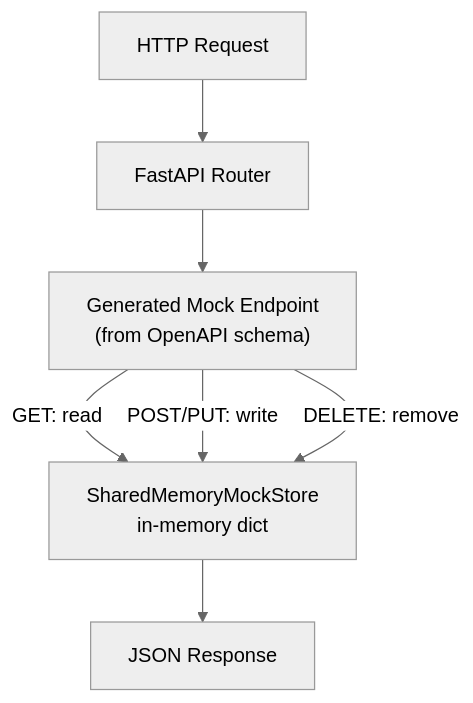
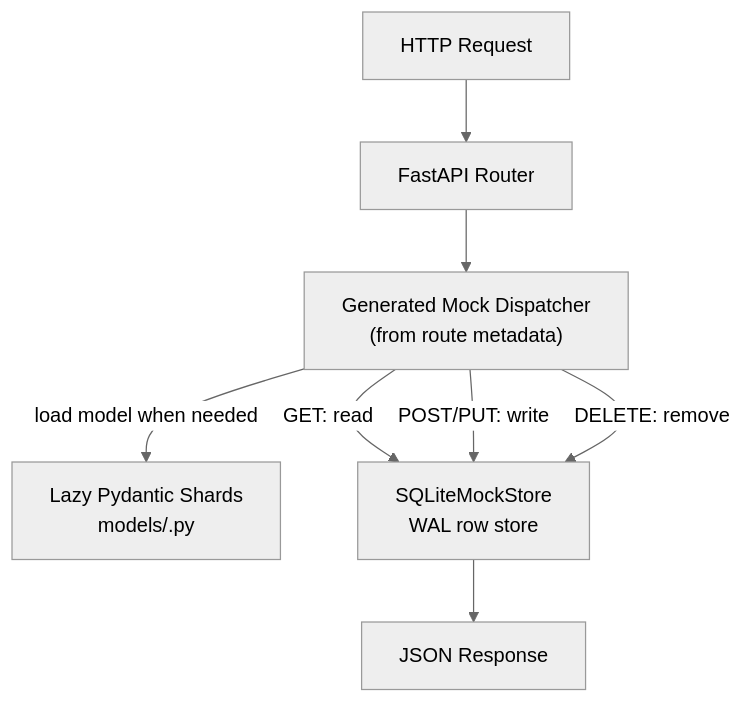
One commit to emersonfelipesp/proxmox-sdk changed the second of 5 diagrams in docs/architecture.md. Above: the diagram before and after it, drawn with Mermaid (neutral theme). The commit also changed other lines of this file and 8 other files, not shown here.

Commit message:
docs: document performance architecture

````diff
--- a/docs/architecture.md
+++ b/docs/architecture.md
@@ -47,15 +49,17 @@
     ```mermaid
     flowchart TD
         REQ["HTTP Request"]
         ROUTER["FastAPI Router"]
-        MOCK_EP["Generated Mock Endpoint\n(from OpenAPI schema)"]
-        STATE["SharedMemoryMockStore\nin-memory dict"]
+        MOCK_EP["Generated Mock Dispatcher\n(from route metadata)"]
+        MODELS["Lazy Pydantic Shards\nmodels/<group>.py"]
+        STATE["SQLiteMockStore\nWAL row store"]
         RESP["JSON Response"]
 
         REQ --> ROUTER
         ROUTER --> MOCK_EP
+        MOCK_EP -->|"load model when needed"| MODELS
         MOCK_EP -->|"GET: read"| STATE
         MOCK_EP -->|"POST/PUT: write"| STATE
         MOCK_EP -->|"DELETE: remove"| STATE
         STATE --> RESP
     ```
````
